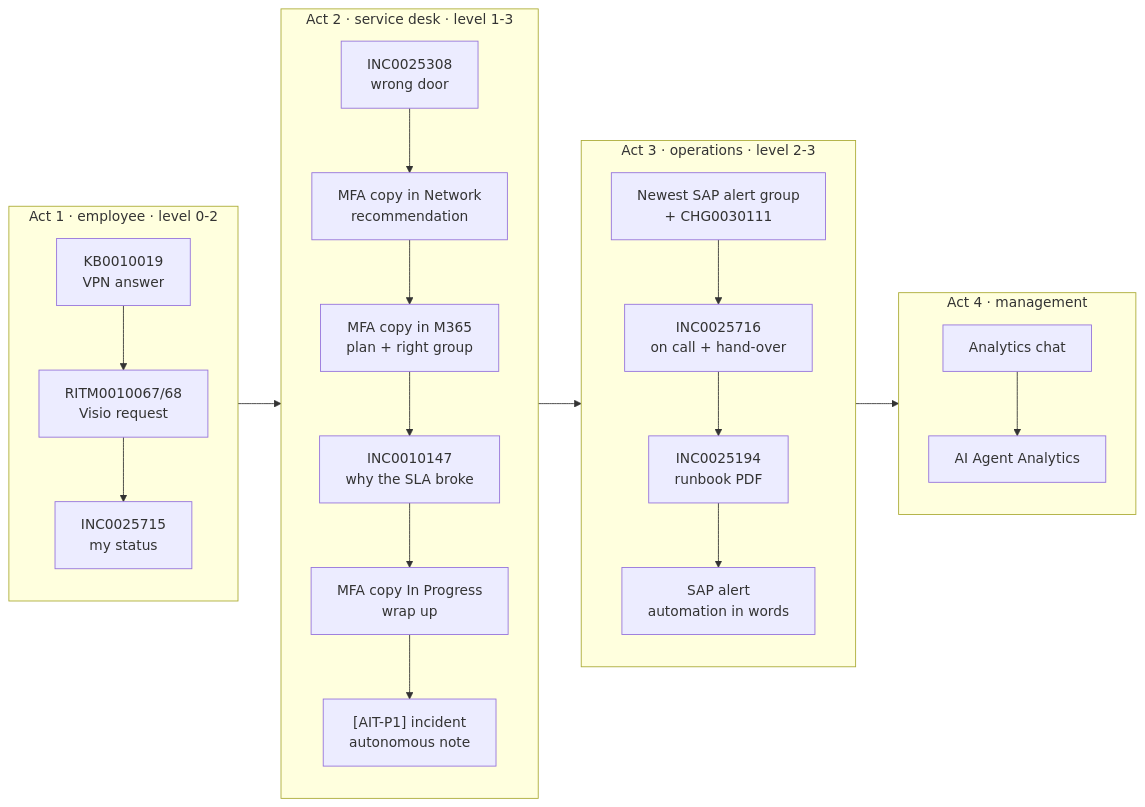
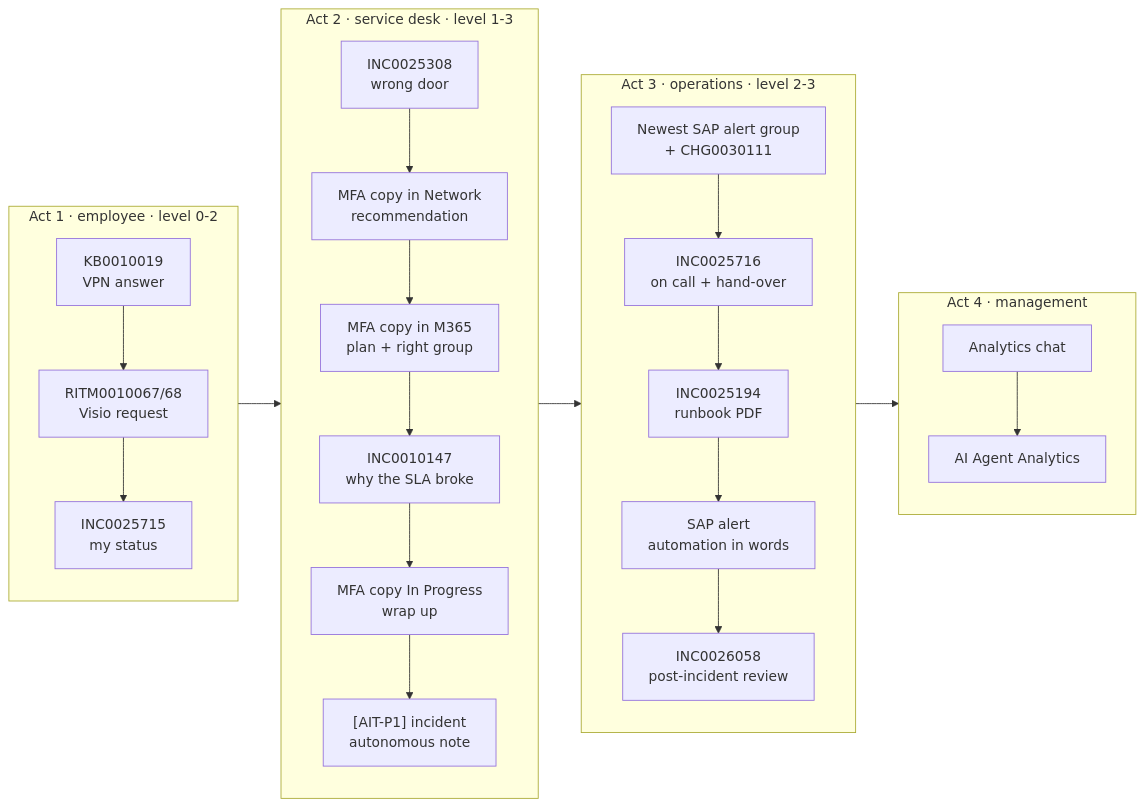
Before and after one commit to caabayfe/agenticsn: the diagram in docs/reports/autonomous-it-everis2/09-demo-route.md, drawn with Mermaid. The commit also changed other lines of this file, not shown here.

Commit message:
docs(reports): scene 3.5 in the demo route map

````diff
--- a/docs/reports/autonomous-it-everis2/09-demo-route.md
+++ b/docs/reports/autonomous-it-everis2/09-demo-route.md
@@ -40,16 +40,16 @@
 ```mermaid
 flowchart LR
   subgraph A1["Act 1 · employee · level 0-2"]
     KB["KB0010019<br/>VPN answer"] --> VIS["RITM0010067/68<br/>Visio request"] --> ST["INC0025715<br/>my status"]
   end
   subgraph A2["Act 2 · service desk · level 1-3"]
     MON["INC0025308<br/>wrong door"] --> REC["MFA copy in Network<br/>recommendation"] --> WG["MFA copy in M365<br/>plan + right group"] --> SLA["INC0010147<br/>why the SLA broke"] --> WR["MFA copy In Progress<br/>wrap up"] --> P1["[AIT-P1] incident<br/>autonomous note"]
   end
   subgraph A3["Act 3 · operations · level 2-3"]
-    AL["Newest SAP alert group<br/>+ CHG0030111"] --> OC["INC0025716<br/>on call + hand-over"] --> RB["INC0025194<br/>runbook PDF"] --> AU["SAP alert<br/>automation in words"]
+    AL["Newest SAP alert group<br/>+ CHG0030111"] --> OC["INC0025716<br/>on call + hand-over"] --> RB["INC0025194<br/>runbook PDF"] --> AU["SAP alert<br/>automation in words"] --> PIR["INC0026058<br/>post-incident review"]
   end
   subgraph A4["Act 4 · management"]
     AN["Analytics chat"] --> GOV["AI Agent Analytics"]
   end
   A1 --> A2 --> A3 --> A4
 ```
````
